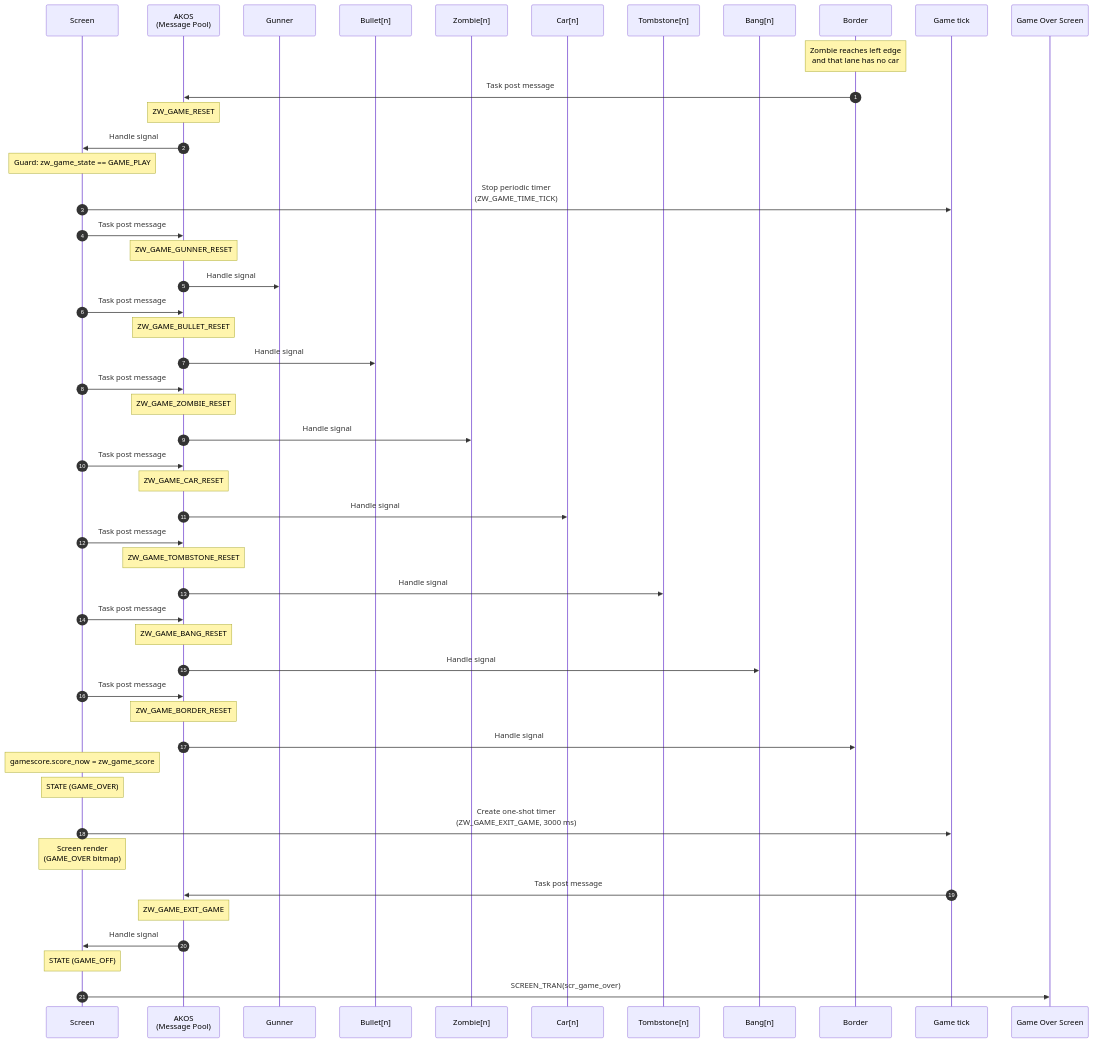
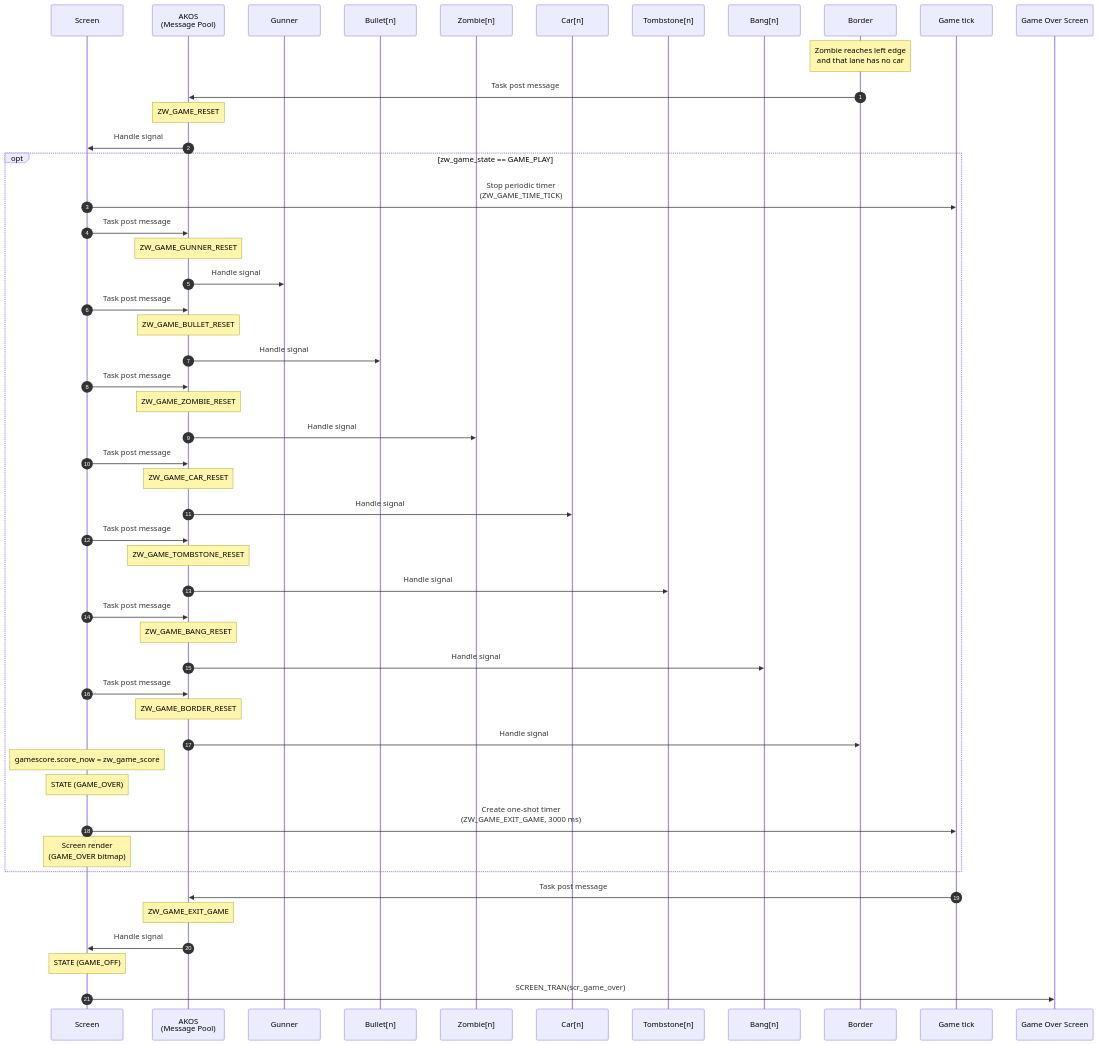
One commit to caotrongphuoc/mini-clock changed the diagram in docs/runtime_signal_processing.md. Above: the diagram before and after it, drawn with Mermaid.

Commit message:
[UPDATE] runtime_signal_processing.md

````diff
--- a/docs/runtime_signal_processing.md
+++ b/docs/runtime_signal_processing.md
@@ -62,63 +62,64 @@
 ```mermaid
 sequenceDiagram
     autonumber
 
     participant Screen as Screen
     participant AKOS as AKOS<br/>(Message Pool)
     participant Gunner as Gunner
     participant Bullet as Bullet[n]
     participant Zombie as Zombie[n]
     participant Car as Car[n]
     participant Tombstone as Tombstone[n]
     participant Bang as Bang[n]
     participant Border as Border
     participant Tick as Game tick
     participant GameOver as Game Over Screen
 
     Note over Border: Zombie reaches left edge<br/>and that lane has no car
     Border->>AKOS: Task post message
     Note over AKOS: ZW_GAME_RESET
     AKOS->>Screen: Handle signal
 
-    Note over Screen: Guard: zw_game_state == GAME_PLAY
-    Screen->>Tick: Stop periodic timer<br/>(ZW_GAME_TIME_TICK)
+    opt zw_game_state == GAME_PLAY
+        Screen->>Tick: Stop periodic timer<br/>(ZW_GAME_TIME_TICK)
 
-    Screen->>AKOS: Task post message
-    Note over AKOS: ZW_GAME_GUNNER_RESET
-    AKOS->>Gunner: Handle signal
+        Screen->>AKOS: Task post message
+        Note over AKOS: ZW_GAME_GUNNER_RESET
+        AKOS->>Gunner: Handle signal
 
-    Screen->>AKOS: Task post message
-    Note over AKOS: ZW_GAME_BULLET_RESET
-    AKOS->>Bullet: Handle signal
+        Screen->>AKOS: Task post message
+        Note over AKOS: ZW_GAME_BULLET_RESET
+        AKOS->>Bullet: Handle signal
 
-    Screen->>AKOS: Task post message
-    Note over AKOS: ZW_GAME_ZOMBIE_RESET
-    AKOS->>Zombie: Handle signal
+        Screen->>AKOS: Task post message
+        Note over AKOS: ZW_GAME_ZOMBIE_RESET
+        AKOS->>Zombie: Handle signal
 
-    Screen->>AKOS: Task post message
-    Note over AKOS: ZW_GAME_CAR_RESET
-    AKOS->>Car: Handle signal
+        Screen->>AKOS: Task post message
+        Note over AKOS: ZW_GAME_CAR_RESET
+        AKOS->>Car: Handle signal
 
-    Screen->>AKOS: Task post message
-    Note over AKOS: ZW_GAME_TOMBSTONE_RESET
-    AKOS->>Tombstone: Handle signal
+        Screen->>AKOS: Task post message
+        Note over AKOS: ZW_GAME_TOMBSTONE_RESET
+        AKOS->>Tombstone: Handle signal
 
-    Screen->>AKOS: Task post message
-    Note over AKOS: ZW_GAME_BANG_RESET
-    AKOS->>Bang: Handle signal
+        Screen->>AKOS: Task post message
+        Note over AKOS: ZW_GAME_BANG_RESET
+        AKOS->>Bang: Handle signal
 
-    Screen->>AKOS: Task post message
-    Note over AKOS: ZW_GAME_BORDER_RESET
-    AKOS->>Border: Handle signal
+        Screen->>AKOS: Task post message
+        Note over AKOS: ZW_GAME_BORDER_RESET
+        AKOS->>Border: Handle signal
 
-    Note over Screen: gamescore.score_now = zw_game_score
-    Note over Screen: STATE (GAME_OVER)
-    Screen->>Tick: Create one-shot timer<br/>(ZW_GAME_EXIT_GAME, 3000 ms)
-    Note over Screen: Screen render<br/>(GAME_OVER bitmap)
+        Note over Screen: gamescore.score_now = zw_game_score
+        Note over Screen: STATE (GAME_OVER)
+        Screen->>Tick: Create one-shot timer<br/>(ZW_GAME_EXIT_GAME, 3000 ms)
+        Note over Screen: Screen render<br/>(GAME_OVER bitmap)
+    end
 
     Tick->>AKOS: Task post message
     Note over AKOS: ZW_GAME_EXIT_GAME
     AKOS->>Screen: Handle signal
     Note over Screen: STATE (GAME_OFF)
     Screen->>GameOver: SCREEN_TRAN(scr_game_over)
 ```
````
